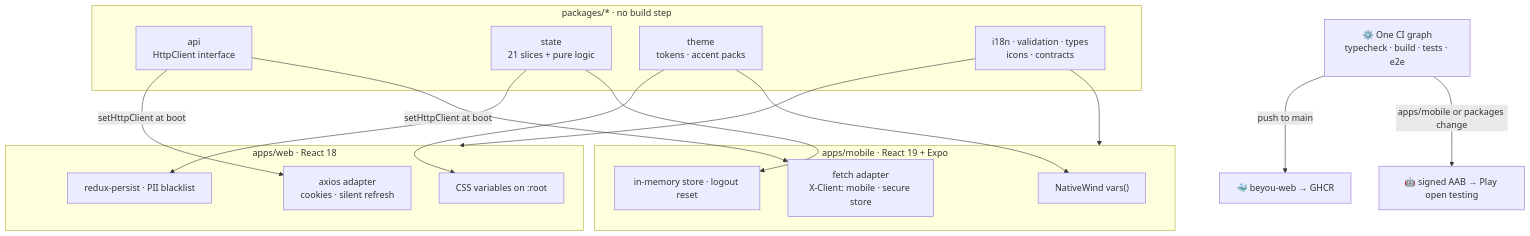
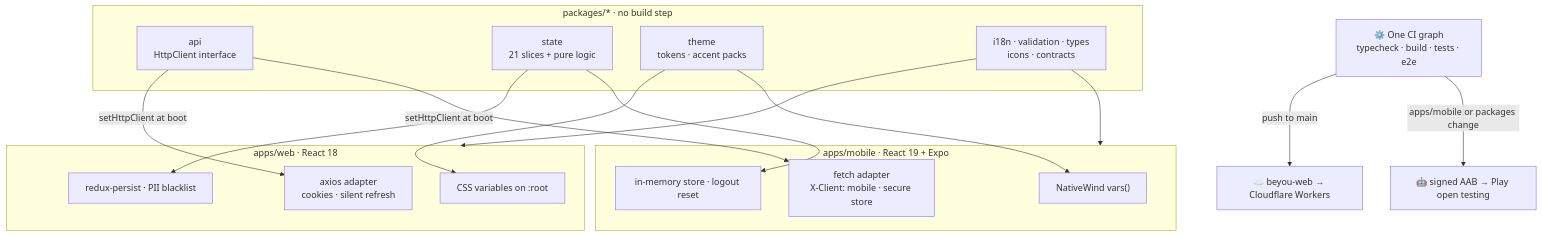
Before and after one commit to AndDev741/Beyou-arch-design: the diagram in architecture/monorepo/diagram.mmd, drawn with Mermaid. The commit also changed 25 other files, not shown here.

```diff
--- a/architecture/monorepo/diagram.mmd
+++ b/architecture/monorepo/diagram.mmd
@@ -1,32 +1,32 @@
 flowchart TD
   subgraph pkgs["packages/* · no build step"]
     API["api<br/>HttpClient interface"]
     ST["state<br/>21 slices + pure logic"]
     TH["theme<br/>tokens · accent packs"]
     I18["i18n · validation · types<br/>icons · contracts"]
   end
 
   subgraph web["apps/web · React 18"]
     WAD["axios adapter<br/>cookies · silent refresh"]
     WPR["redux-persist · PII blacklist"]
     WCSS["CSS variables on :root"]
   end
 
   subgraph mob["apps/mobile · React 19 + Expo"]
     MAD["fetch adapter<br/>X-Client: mobile · secure store"]
     MST["in-memory store · logout reset"]
     MNW["NativeWind vars()"]
   end
 
   API -->|"setHttpClient at boot"| WAD
   API -->|"setHttpClient at boot"| MAD
   ST --> WPR
   ST --> MST
   TH --> WCSS
   TH --> MNW
   I18 --> web
   I18 --> mob
 
   CI["⚙️ One CI graph<br/>typecheck · build · tests · e2e"]
-  CI -->|"push to main"| GHCR["🐳 beyou-web → GHCR"]
+  CI -->|"push to main"| CFW["☁️ beyou-web → Cloudflare Workers"]
   CI -->|"apps/mobile or packages change"| AAB["🤖 signed AAB → Play open testing"]
```
